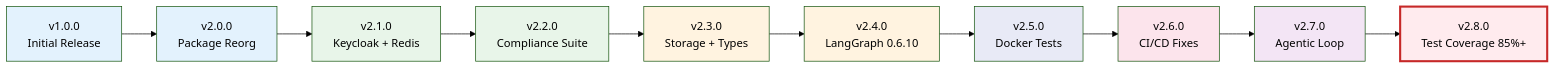
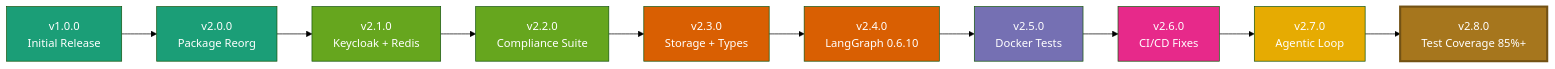
One commit to vishnu2kmohan/mcp-server-langgraph changed the diagram in docs/releases/overview.mdx. Above: the diagram before and after it, drawn with Mermaid (forest theme). The commit also changed 4 other files, not shown here.

First line of the commit message:
style: update Mermaid diagrams to dark mode-friendly ColorBrewer2 palette

````diff
--- a/docs/releases/overview.mdx
+++ b/docs/releases/overview.mdx
@@ -93,23 +93,23 @@
 ```mermaid
 graph LR
     V1[v1.0.0<br/>Initial Release] --> V2[v2.0.0<br/>Package Reorg]
     V2 --> V21[v2.1.0<br/>Keycloak + Redis]
     V21 --> V22[v2.2.0<br/>Compliance Suite]
     V22 --> V23[v2.3.0<br/>Storage + Types]
     V23 --> V24[v2.4.0<br/>LangGraph 0.6.10]
     V24 --> V25[v2.5.0<br/>Docker Tests]
     V25 --> V26[v2.6.0<br/>CI/CD Fixes]
     V26 --> V27[v2.7.0<br/>Agentic Loop]
     V27 --> V28[v2.8.0<br/>Test Coverage 85%+]
 
-    style V1 fill:#e3f2fd
-    style V2 fill:#e3f2fd
-    style V21 fill:#e8f5e9
-    style V22 fill:#e8f5e9
-    style V23 fill:#fff3e0
-    style V24 fill:#fff3e0
-    style V25 fill:#e8eaf6
-    style V26 fill:#fce4ec
-    style V27 fill:#f3e5f5
-    style V28 fill:#ffebee,stroke:#c62828,stroke-width:3px
+    style V1 fill:#1b9e77,color:#fff
+    style V2 fill:#1b9e77,color:#fff
+    style V21 fill:#66a61e,color:#fff
+    style V22 fill:#66a61e,color:#fff
+    style V23 fill:#d95f02,color:#fff
+    style V24 fill:#d95f02,color:#fff
+    style V25 fill:#7570b3,color:#fff
+    style V26 fill:#e7298a,color:#fff
+    style V27 fill:#e6ab02,color:#fff
+    style V28 fill:#a6761d,stroke:#735214,stroke-width:3px,color:#fff
 ```
````
